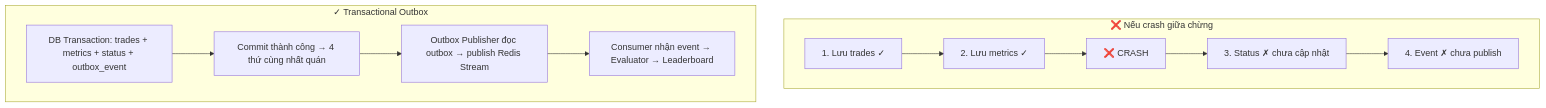
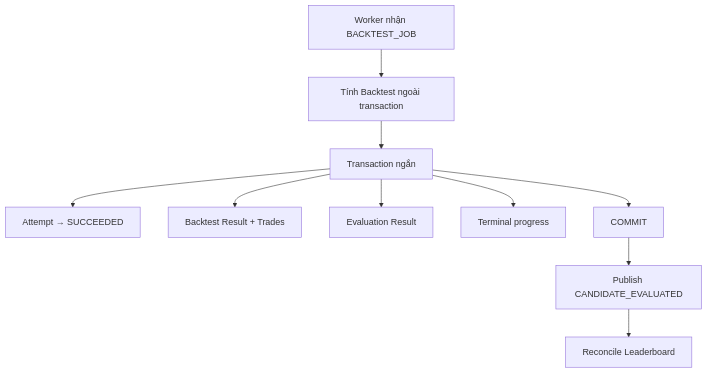
One commit to PhamVanMinhBinhThuan/crypto-strategy-platform changed the diagram in docs/questions/14_transaction_boundary/answer.md. Above: the diagram before and after it, drawn with Mermaid. The commit also changed other lines of this file and 46 other files, not shown here.

Commit message:
docs: merge architecture question guides

````diff
--- a/docs/questions/14_transaction_boundary/answer.md
+++ b/docs/questions/14_transaction_boundary/answer.md
@@ -9,18 +14,12 @@
 ```mermaid
 flowchart TD
-    subgraph PROBLEM["❌ Nếu crash giữa chừng"]
-        P1["1. Lưu trades ✓"]
-        P2["2. Lưu metrics ✓"]
-        P3["❌ CRASH"]
-        P4["3. Status ✗ chưa cập nhật"]
-        P5["4. Event ✗ chưa publish"]
-        P1 --> P2 --> P3 --> P4 --> P5
-    end
-    subgraph SOLUTION["✓ Transactional Outbox"]
-        S1["DB Transaction: trades + metrics + status + outbox_event"]
-        S2["Commit thành công → 4 thứ cùng nhất quán"]
-        S3["Outbox Publisher đọc outbox → publish Redis Stream"]
-        S4["Consumer nhận event → Evaluator → Leaderboard"]
-        S1 --> S2 --> S3 --> S4
-    end
+    JOB["Worker nhận BACKTEST_JOB"] --> COMPUTE["Tính Backtest ngoài transaction"]
+    COMPUTE --> TX["Transaction ngắn"]
+    TX --> ATTEMPT["Attempt → SUCCEEDED"]
+    TX --> RESULT["Backtest Result + Trades"]
+    TX --> EVAL["Evaluation Result"]
+    TX --> PROGRESS["Terminal progress"]
+    TX --> COMMIT["COMMIT"]
+    COMMIT --> EVENT["Publish CANDIDATE_EVALUATED"]
+    EVENT --> RANK["Reconcile Leaderboard"]
 ```
````
